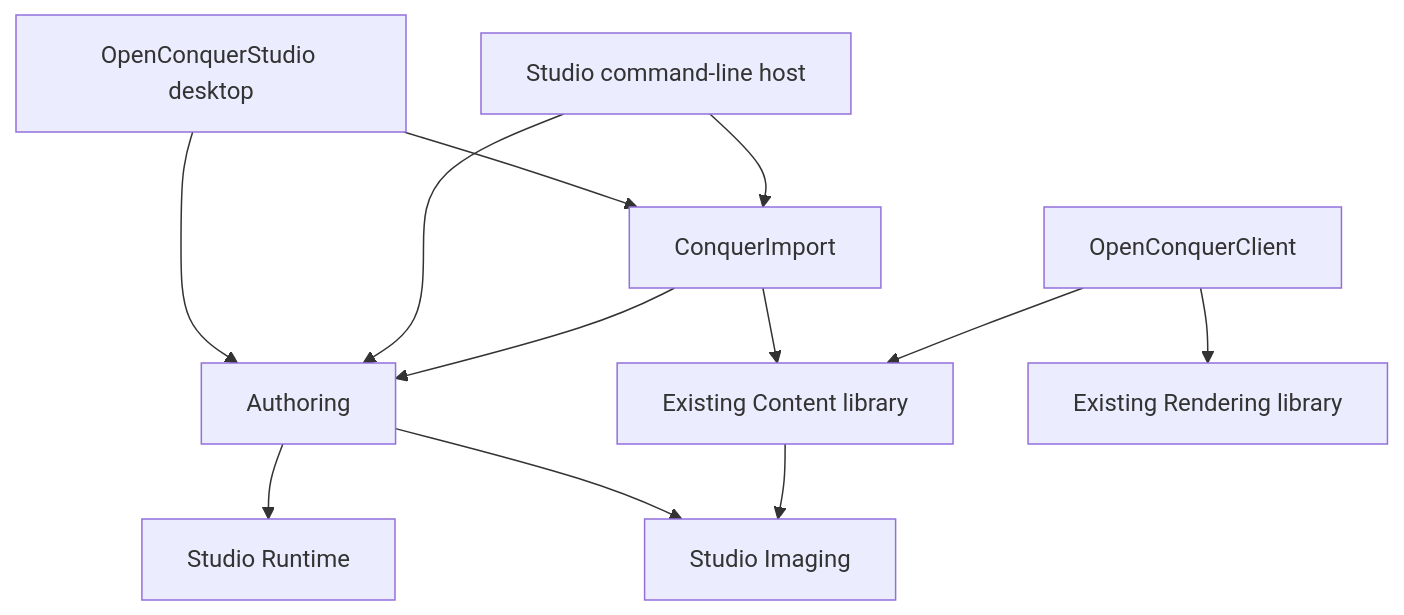
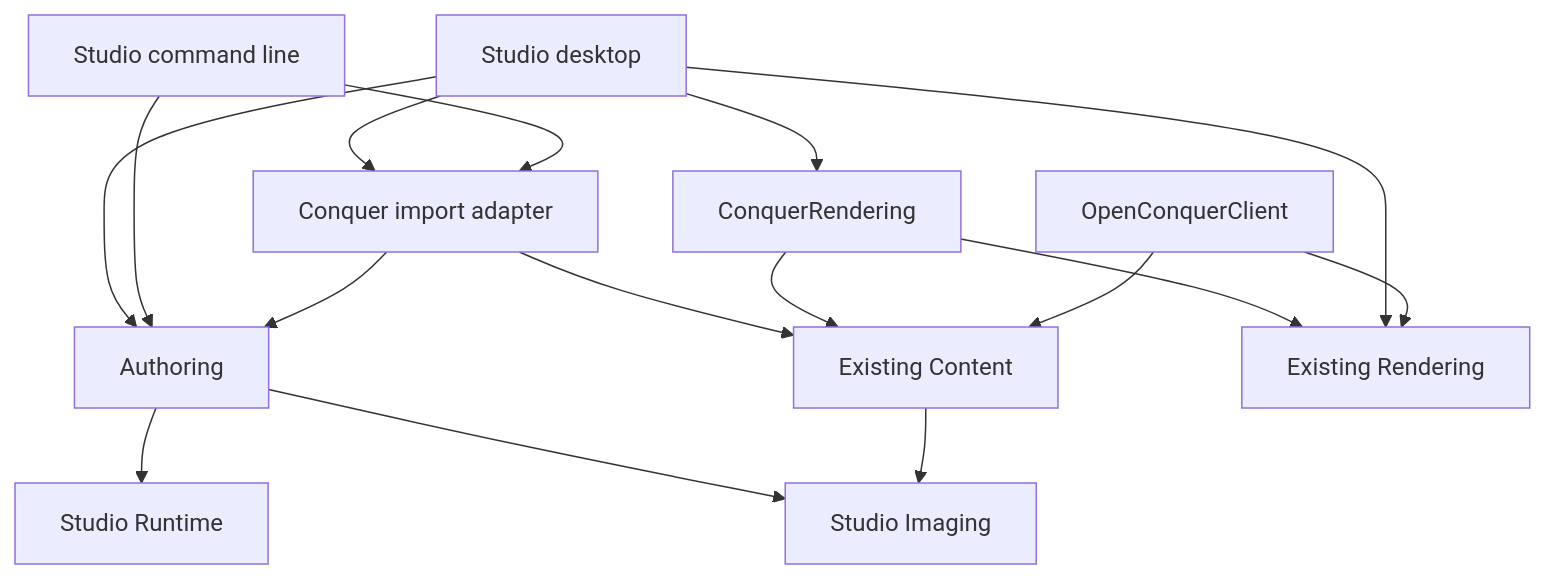
The diagram in docs/studio/architecture.md (berniemackie97/OpenConquerClient), drawn with Mermaid before and after one commit. The commit also changed other lines of this file and 76 other files, not shown here.

Commit message:
Connect OpenConquerStudio to client projects and shared asset rendering (#207)

````diff
--- a/docs/studio/architecture.md
+++ b/docs/studio/architecture.md
@@ -8,14 +7,18 @@
 ```mermaid
 flowchart TD
-    Desktop[OpenConquerStudio desktop] --> Authoring[Authoring]
-    CLI[Studio command-line host] --> Authoring
-    Desktop --> Adapter[ConquerImport]
+    Desktop[Studio desktop] --> Authoring
+    CLI[Studio command line] --> Authoring
+    Desktop --> Adapter[Conquer import adapter]
     CLI --> Adapter
     Adapter --> Authoring
-    Adapter --> Content[Existing Content library]
+    Adapter --> Content[Existing Content]
     Authoring --> Runtime[Studio Runtime]
     Authoring --> Imaging[Studio Imaging]
     Content --> Imaging
-    Game[OpenConquerClient] --> Content
-    Game --> Renderer[Existing Rendering library]
+    Desktop --> Compatibility[ConquerRendering]
+    Compatibility --> Content
+    Compatibility --> Rendering[Existing Rendering]
+    Desktop --> Rendering
+    Game[OpenConquerClient] --> Rendering
+    Game --> Content
 ```
````
